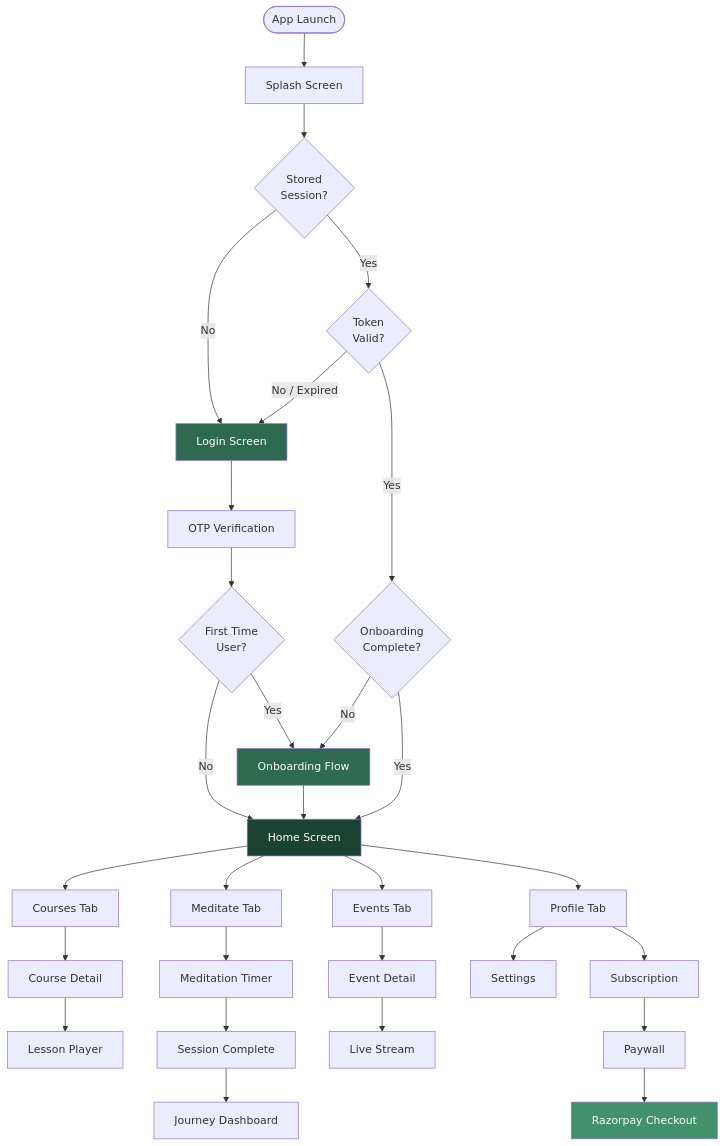
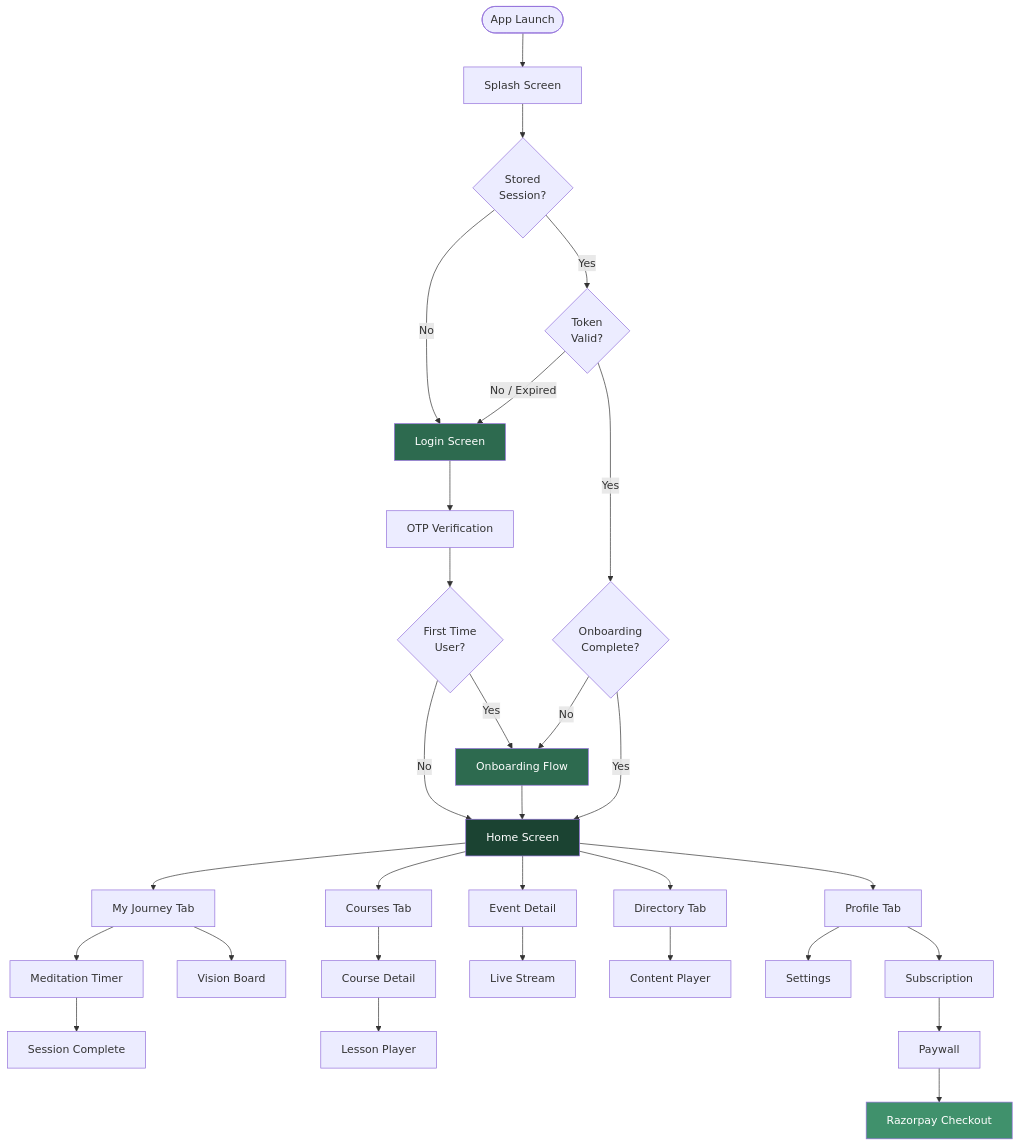
One commit to RedFire4444/AMMA changed the first of 17 diagrams in docs/USER_FLOWS.md. Above: the diagram before and after it, drawn with Mermaid. The commit also changed other lines of this file and 2 other files, not shown here.

````diff
--- a/docs/USER_FLOWS.md
+++ b/docs/USER_FLOWS.md
@@ -27,46 +29,48 @@
 ```mermaid
 flowchart TD
     START([App Launch]) --> SPLASH[Splash Screen]
     SPLASH --> AUTH_CHECK{Stored\nSession?}
 
     AUTH_CHECK -->|No| LOGIN[Login Screen]
     AUTH_CHECK -->|Yes| TOKEN_CHECK{Token\nValid?}
 
     TOKEN_CHECK -->|Yes| ONBOARD_CHECK{Onboarding\nComplete?}
     TOKEN_CHECK -->|No / Expired| LOGIN
 
     LOGIN --> OTP[OTP Verification]
     OTP --> FIRST_TIME{First Time\nUser?}
 
     FIRST_TIME -->|Yes| ONBOARDING[Onboarding Flow]
     FIRST_TIME -->|No| HOME
 
     ONBOARDING --> HOME[Home Screen]
     ONBOARD_CHECK -->|Yes| HOME
     ONBOARD_CHECK -->|No| ONBOARDING
 
+    HOME --> TAB_JOURNEY[My Journey Tab]
     HOME --> TAB_COURSES[Courses Tab]
-    HOME --> TAB_MEDITATE[Meditate Tab]
-    HOME --> TAB_EVENTS[Events Tab]
+    HOME --> TAB_DIRECTORY[Directory Tab]
     HOME --> TAB_PROFILE[Profile Tab]
+
+    TAB_JOURNEY --> TIMER[Meditation Timer]
+    TAB_JOURNEY --> VISION[Vision Board]
+    TIMER --> SESSION_COMPLETE[Session Complete]
 
     TAB_COURSES --> COURSE_DETAIL[Course Detail]
     COURSE_DETAIL --> LESSON_PLAYER[Lesson Player]
 
-    TAB_MEDITATE --> TIMER[Meditation Timer]
-    TIMER --> SESSION_COMPLETE[Session Complete]
-    SESSION_COMPLETE --> JOURNEY[Journey Dashboard]
+    HOME --> EVENT_DETAIL[Event Detail]
+    EVENT_DETAIL --> LIVE_STREAM[Live Stream]
 
-    TAB_EVENTS --> EVENT_DETAIL[Event Detail]
-    EVENT_DETAIL --> LIVE_STREAM[Live Stream]
+    TAB_DIRECTORY --> CONTENT_PLAYER[Content Player]
 
     TAB_PROFILE --> SETTINGS[Settings]
     TAB_PROFILE --> SUBSCRIPTION[Subscription]
     SUBSCRIPTION --> PAYWALL[Paywall]
     PAYWALL --> PAYMENT[Razorpay Checkout]
 
     style HOME fill:#1B4332,color:#fff
     style LOGIN fill:#2D6A4F,color:#fff
     style ONBOARDING fill:#2D6A4F,color:#fff
     style PAYMENT fill:#40916C,color:#fff
 ```
````
